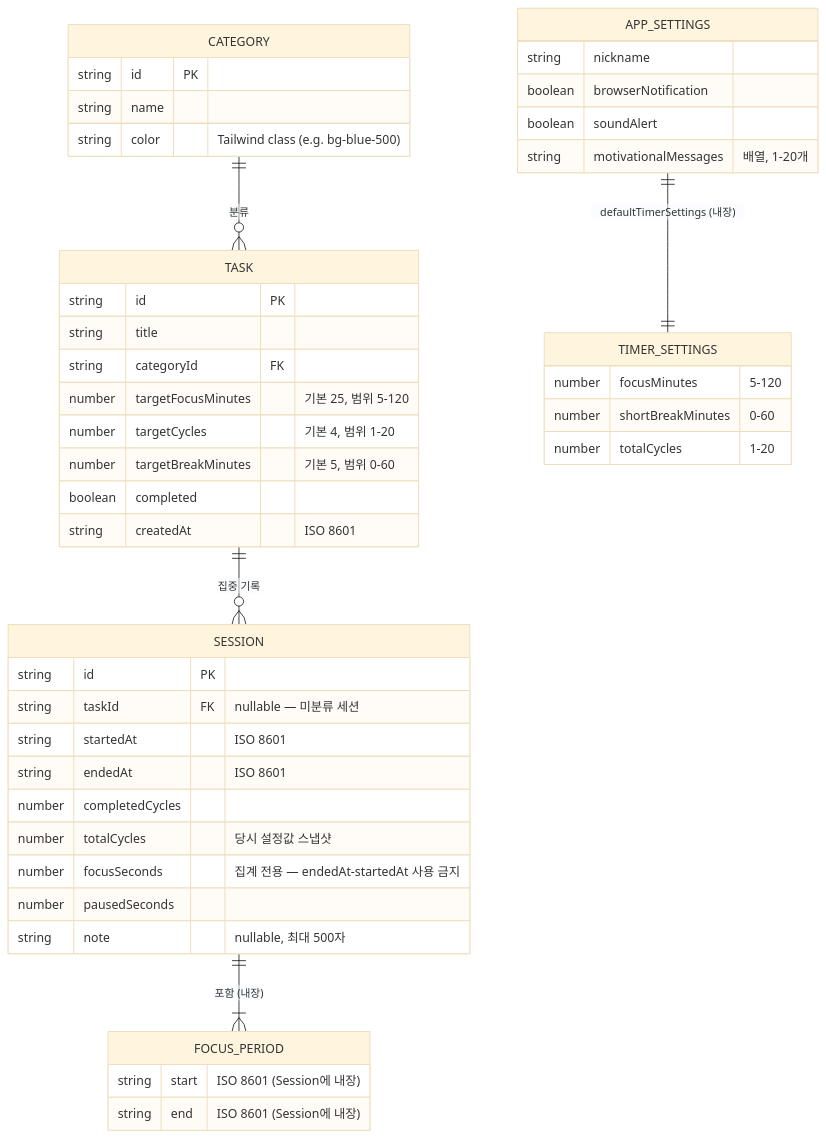
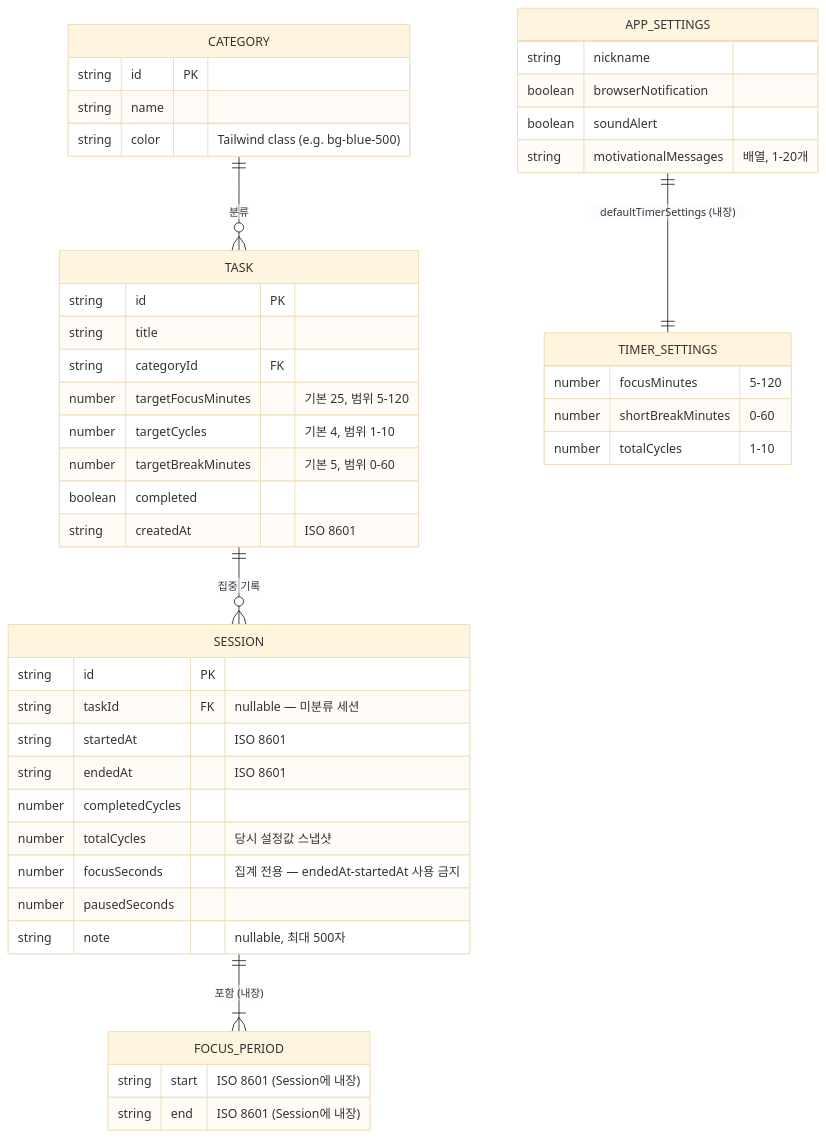
Before and after one commit to aaaz425/pomodash: the diagram in docs/specs/ERD.md, drawn with Mermaid (base theme). The commit also changed other lines of this file and 55 other files, not shown here.

````diff
--- a/docs/specs/ERD.md
+++ b/docs/specs/ERD.md
@@ -16,54 +16,54 @@
 ```mermaid
 erDiagram
     CATEGORY {
         string id PK
         string name
         string color "Tailwind class (e.g. bg-blue-500)"
     }
 
     TASK {
         string id PK
         string title
         string categoryId FK
         number targetFocusMinutes "기본 25, 범위 5-120"
-        number targetCycles "기본 4, 범위 1-20"
+        number targetCycles "기본 4, 범위 1-10"
         number targetBreakMinutes "기본 5, 범위 0-60"
         boolean completed
         string createdAt "ISO 8601"
     }
 
     SESSION {
         string id PK
         string taskId FK "nullable — 미분류 세션"
         string startedAt "ISO 8601"
         string endedAt "ISO 8601"
         number completedCycles
         number totalCycles "당시 설정값 스냅샷"
         number focusSeconds "집계 전용 — endedAt-startedAt 사용 금지"
         number pausedSeconds
         string note "nullable, 최대 500자"
     }
 
     FOCUS_PERIOD {
         string start "ISO 8601 (Session에 내장)"
         string end "ISO 8601 (Session에 내장)"
     }
 
     TIMER_SETTINGS {
         number focusMinutes "5-120"
         number shortBreakMinutes "0-60"
-        number totalCycles "1-20"
+        number totalCycles "1-10"
     }
 
     APP_SETTINGS {
         string nickname
         boolean browserNotification
         boolean soundAlert
         string motivationalMessages "배열, 1-20개"
     }
 
     CATEGORY ||--o{ TASK : "분류"
     TASK ||--o{ SESSION : "집중 기록"
     SESSION ||--|{ FOCUS_PERIOD : "포함 (내장)"
     APP_SETTINGS ||--|| TIMER_SETTINGS : "defaultTimerSettings (내장)"
 ```
````
